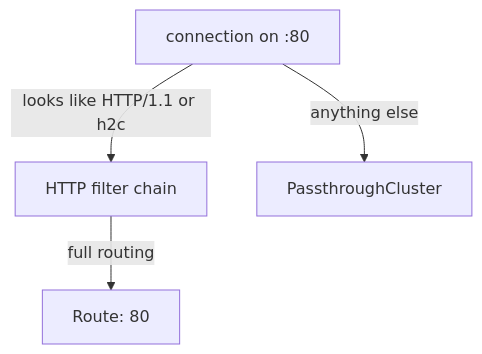
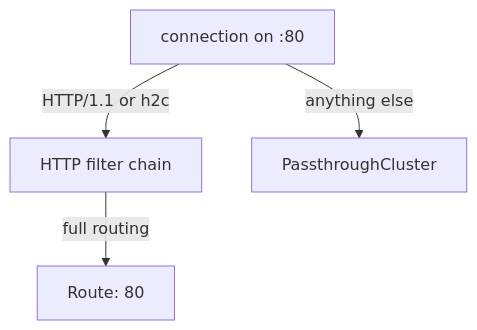
Before and after one commit to astrona-io/ATS016: the second of 2 diagrams in sections/section-040/module-01/course-01-capture-and-listeners.md, drawn with Mermaid. The commit also changed other lines of this file and 40 other files, not shown here.

````diff
--- a/sections/section-040/module-01/course-01-capture-and-listeners.md
+++ b/sections/section-040/module-01/course-01-capture-and-listeners.md
@@ -75,6 +67,6 @@
 ```mermaid
 flowchart TB
-    C["connection on :80"] -->|"looks like HTTP/1.1 or h2c"| H["HTTP filter chain"]
+    C["connection on :80"] -->|"HTTP/1.1 or h2c"| H["HTTP filter chain"]
     H -->|"full routing"| R["Route: 80"]
     C -->|"anything else"| P["PassthroughCluster"]
 ```
````
